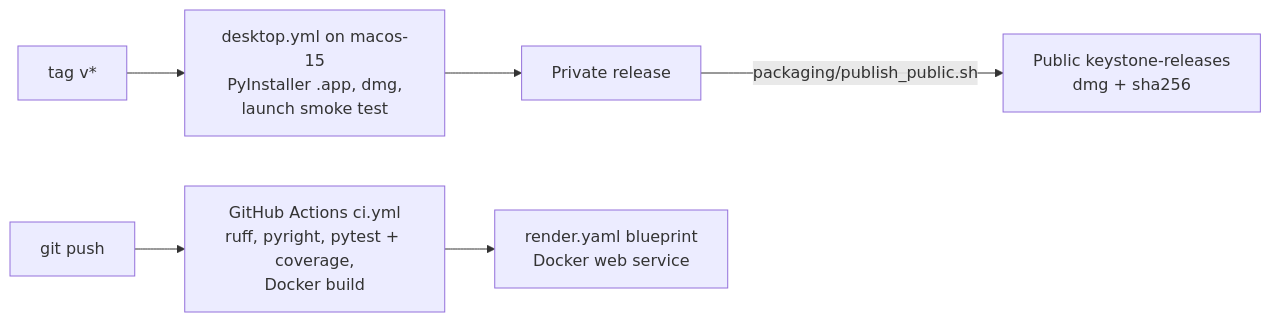
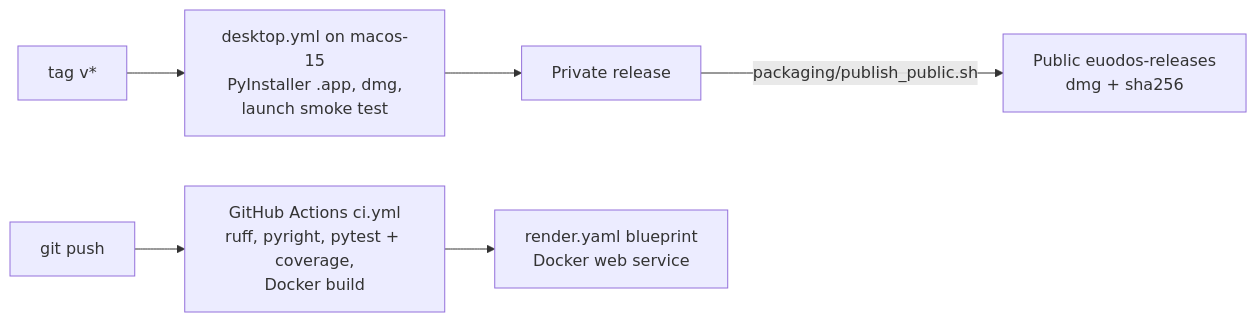
One commit to MaranZeal678/euodos-habitat-oc changed the ninth of 10 diagrams in docs/ARCHITECTURE.md. Above: the diagram before and after it, drawn with Mermaid. The commit also changed other lines of this file and 38 other files, not shown here.

````diff
--- a/docs/ARCHITECTURE.md
+++ b/docs/ARCHITECTURE.md
@@ -261,8 +261,8 @@
 ```mermaid
 flowchart LR
   dev[git push] --> ci[GitHub Actions ci.yml<br/>ruff, pyright, pytest + coverage,<br/>Docker build]
   tag[tag v*] --> mac[desktop.yml on macos-15<br/>PyInstaller .app, dmg,<br/>launch smoke test]
   mac --> rel[Private release]
-  rel -->|packaging/publish_public.sh| pub[Public keystone-releases<br/>dmg + sha256]
+  rel -->|packaging/publish_public.sh| pub[Public euodos-releases<br/>dmg + sha256]
   ci --> render[render.yaml blueprint<br/>Docker web service]
 ```
````
